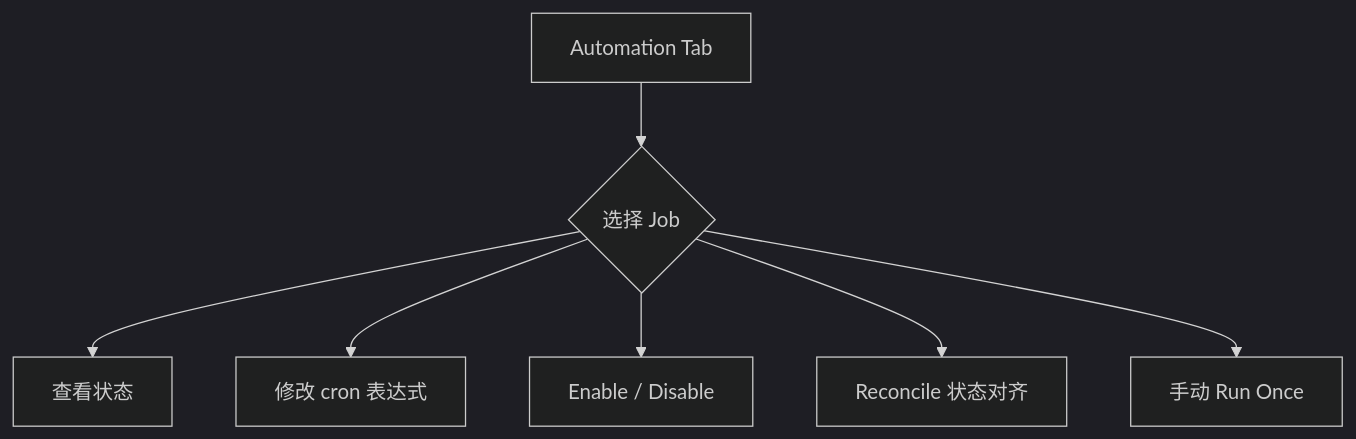
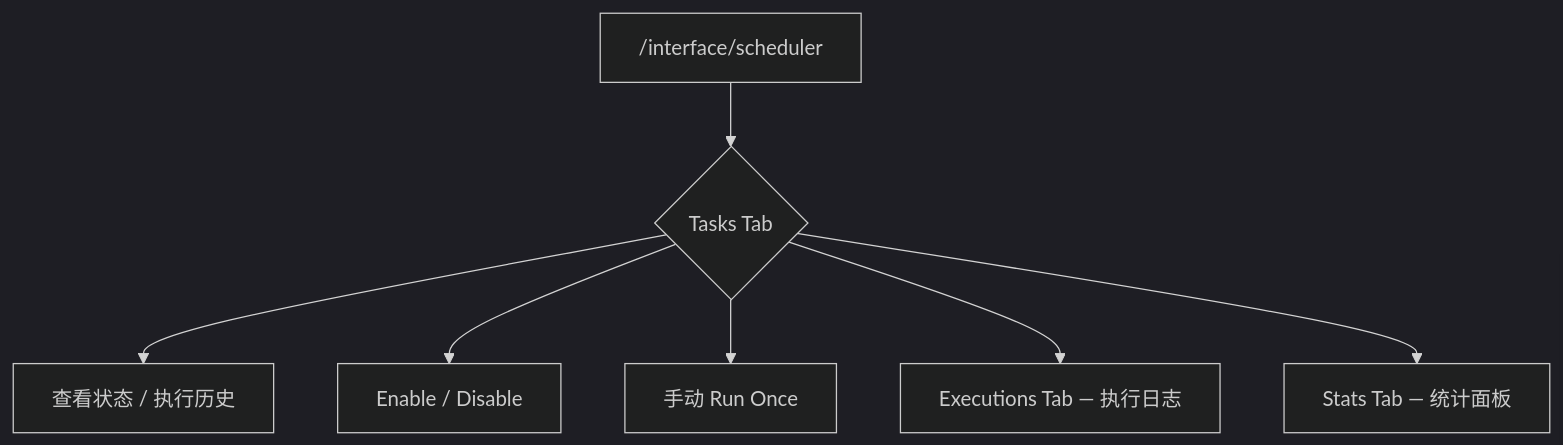
One commit to ThreeFish-AI/negentropy changed the diagram in docs/concepts/user-guide/memory-automation.md. Above: the diagram before and after it, drawn with Mermaid (dark theme). The commit also changed other lines of this file and 7 other files, not shown here.

First line of the commit message:
docs(memory-automation): 重写 Memory Automation 文档，移除 pg_cron 引用

````diff
--- a/docs/concepts/user-guide/memory-automation.md
+++ b/docs/concepts/user-guide/memory-automation.md
@@ -23,9 +23,9 @@
 ```mermaid
 flowchart TB
-    A[Automation Tab] --> B{选择 Job}
-    B --> C[查看状态]
-    B --> D[修改 cron 表达式]
-    B --> E[Enable / Disable]
-    B --> F[Reconcile 状态对齐]
-    B --> G[手动 Run Once]
+    A["/interface/scheduler"] --> B{Tasks Tab}
+    B --> C[查看状态 / 执行历史]
+    B --> D[Enable / Disable]
+    B --> E[手动 Run Once]
+    B --> F[Executions Tab — 执行日志]
+    B --> G[Stats Tab — 统计面板]
 ```
````
